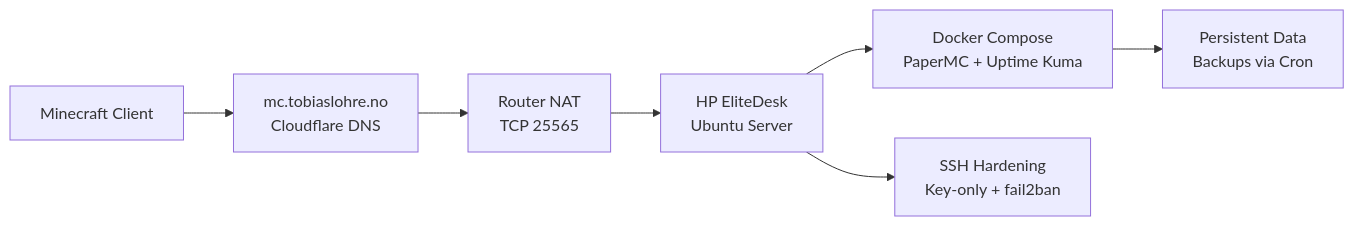
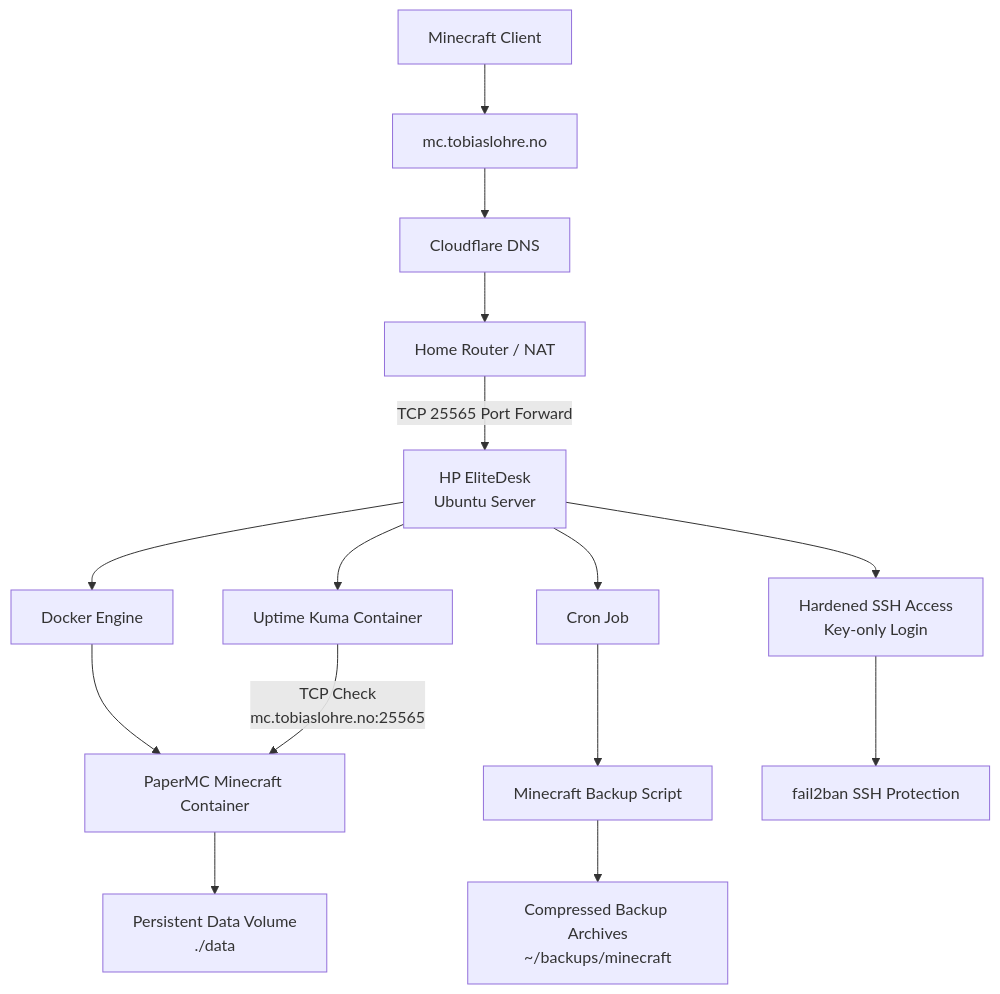
The diagram in README.md (Tobiaslohre/docker-minecraft-homelab), drawn with Mermaid before and after one commit.

````diff
--- a/README.md
+++ b/README.md
@@ -11,10 +11,22 @@
 ```mermaid
-graph LR
-    Client[Minecraft Client] --> Internet[mc.tobiaslohre.no<br>Cloudflare DNS]
-    Internet --> Router[Router NAT<br>TCP 25565]
-    Router --> Server[HP EliteDesk<br>Ubuntu Server]
+graph TD
 
-    Server --> Stack[Docker Compose<br>PaperMC + Uptime Kuma]
-    Stack --> Data[Persistent Data<br>Backups via Cron]
-    Server --> Security[SSH Hardening<br>Key-only + fail2ban]
+    Player[Minecraft Client] --> DNS[mc.tobiaslohre.no]
+    DNS --> Cloudflare[Cloudflare DNS]
+    Cloudflare --> Router[Home Router / NAT]
+    Router -->|TCP 25565 Port Forward| Host[HP EliteDesk<br>Ubuntu Server]
+
+    Host --> Docker[Docker Engine]
+    Docker --> Minecraft[PaperMC Minecraft Container]
+    Minecraft --> Volume[Persistent Data Volume<br>./data]
+
+    Host --> Cron[Cron Job]
+    Cron --> BackupScript[Minecraft Backup Script]
+    BackupScript --> BackupFiles[Compressed Backup Archives<br>~/backups/minecraft]
+
+    Host --> Kuma[Uptime Kuma Container]
+    Kuma -->|TCP Check<br>mc.tobiaslohre.no:25565| Minecraft
+
+    Host --> SSH[Hardened SSH Access<br>Key-only Login]
+    SSH --> Fail2ban[fail2ban SSH Protection]
 ```
````
